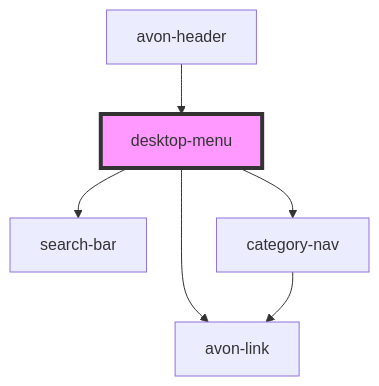
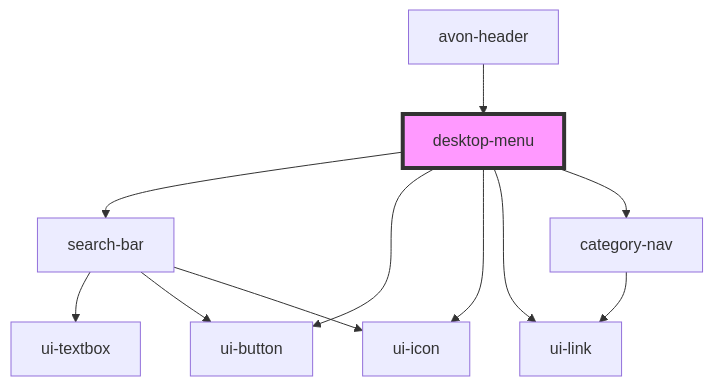
The diagram in src/components/avon-header/desktop-menu/readme.md (ankitghanekar-hcl/ui-shared-web-components), drawn with Mermaid before and after one commit. The commit also changed other lines of this file and 33 other files, not shown here.

````diff
--- a/src/components/avon-header/desktop-menu/readme.md
+++ b/src/components/avon-header/desktop-menu/readme.md
@@ -26,9 +28,14 @@
 ```mermaid
 graph TD;
   desktop-menu --> search-bar
-  desktop-menu --> avon-link
+  desktop-menu --> ui-button
+  desktop-menu --> ui-icon
+  desktop-menu --> ui-link
   desktop-menu --> category-nav
-  category-nav --> avon-link
+  search-bar --> ui-textbox
+  search-bar --> ui-button
+  search-bar --> ui-icon
+  category-nav --> ui-link
   avon-header --> desktop-menu
   style desktop-menu fill:#f9f,stroke:#333,stroke-width:4px
 ```
````
